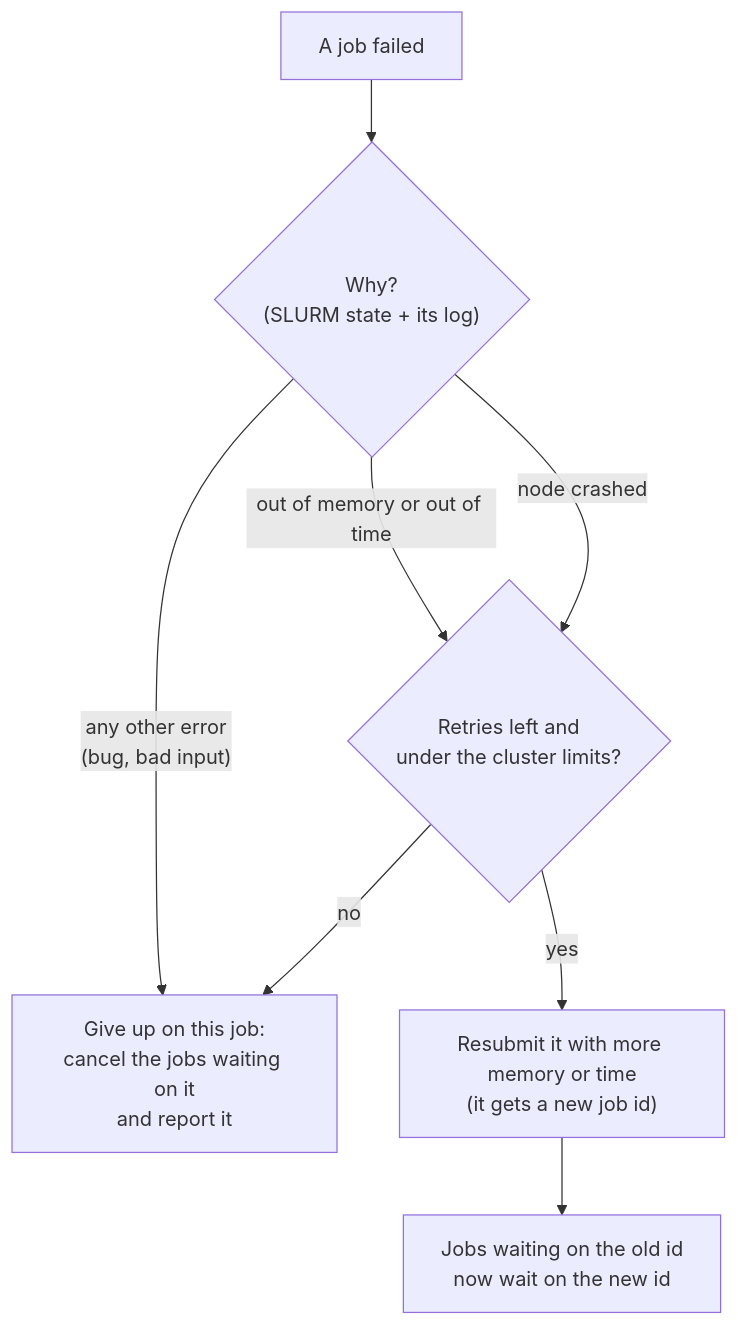
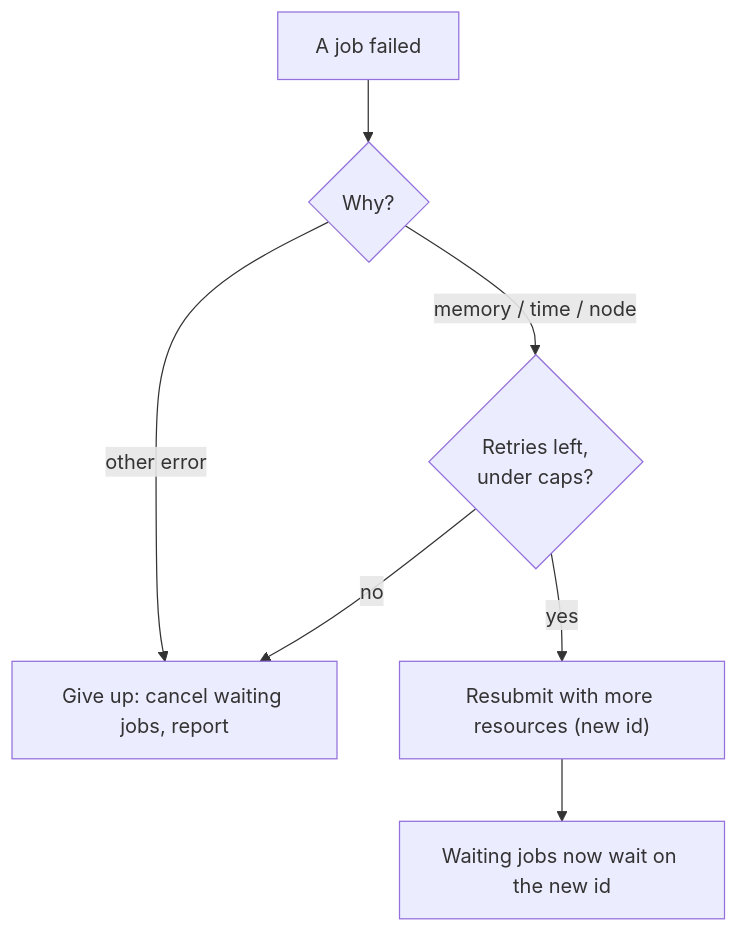
The second of 2 diagrams in docs/design/smart_restart.md (c3g/GenPipes), drawn with Mermaid before and after one commit. The commit also changed other lines of this file and 1 other file, not shown here.

````diff
--- a/docs/design/smart_restart.md
+++ b/docs/design/smart_restart.md
@@ -201,10 +122,9 @@
 ```mermaid
 flowchart TD
-  A["A job failed"] --> B{"Why?<br/>(SLURM state + its log)"}
-  B -- "out of memory or out of time" --> C{"Retries left and<br/>under the cluster limits?"}
-  B -- "node crashed" --> C
-  B -- "any other error<br/>(bug, bad input)" --> X["Give up on this job:<br/>cancel the jobs waiting on it<br/>and report it"]
+  A["A job failed"] --> B{"Why?"}
+  B -- "memory / time / node" --> C{"Retries left,<br/>under caps?"}
+  B -- "other error" --> X["Give up: cancel waiting jobs, report"]
   C -- no --> X
-  C -- yes --> R["Resubmit it with more memory or time<br/>(it gets a new job id)"]
-  R --> W["Jobs waiting on the old id<br/>now wait on the new id"]
+  C -- yes --> R["Resubmit with more resources (new id)"]
+  R --> W["Waiting jobs now wait on the new id"]
 ```
````
